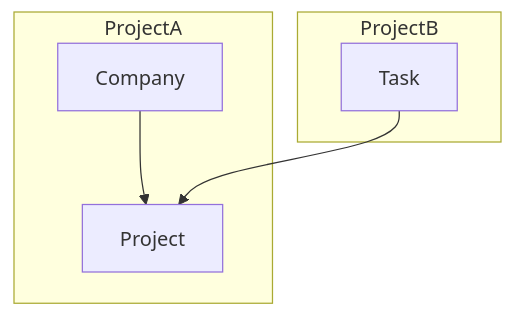
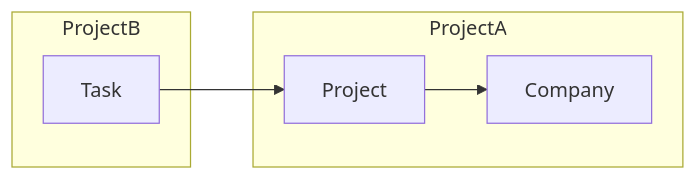
One commit to AntonC9018/SourceGenerators changed the diagram in source/EntityOwnership/README.md. Above: the diagram before and after it, drawn with Mermaid.

Commit message:
Fix up the diagram a bit

````diff
--- a/source/EntityOwnership/README.md
+++ b/source/EntityOwnership/README.md
@@ -16,9 +16,10 @@
     ```mermaid
-    flowchart TB
+    flowchart LR
         subgraph ProjectA
-        Company-->Project
+        Project-->Company
         end
+        Task-->Project
         subgraph ProjectB
-        Task-->Project
+        Task
         end
     ```
````
